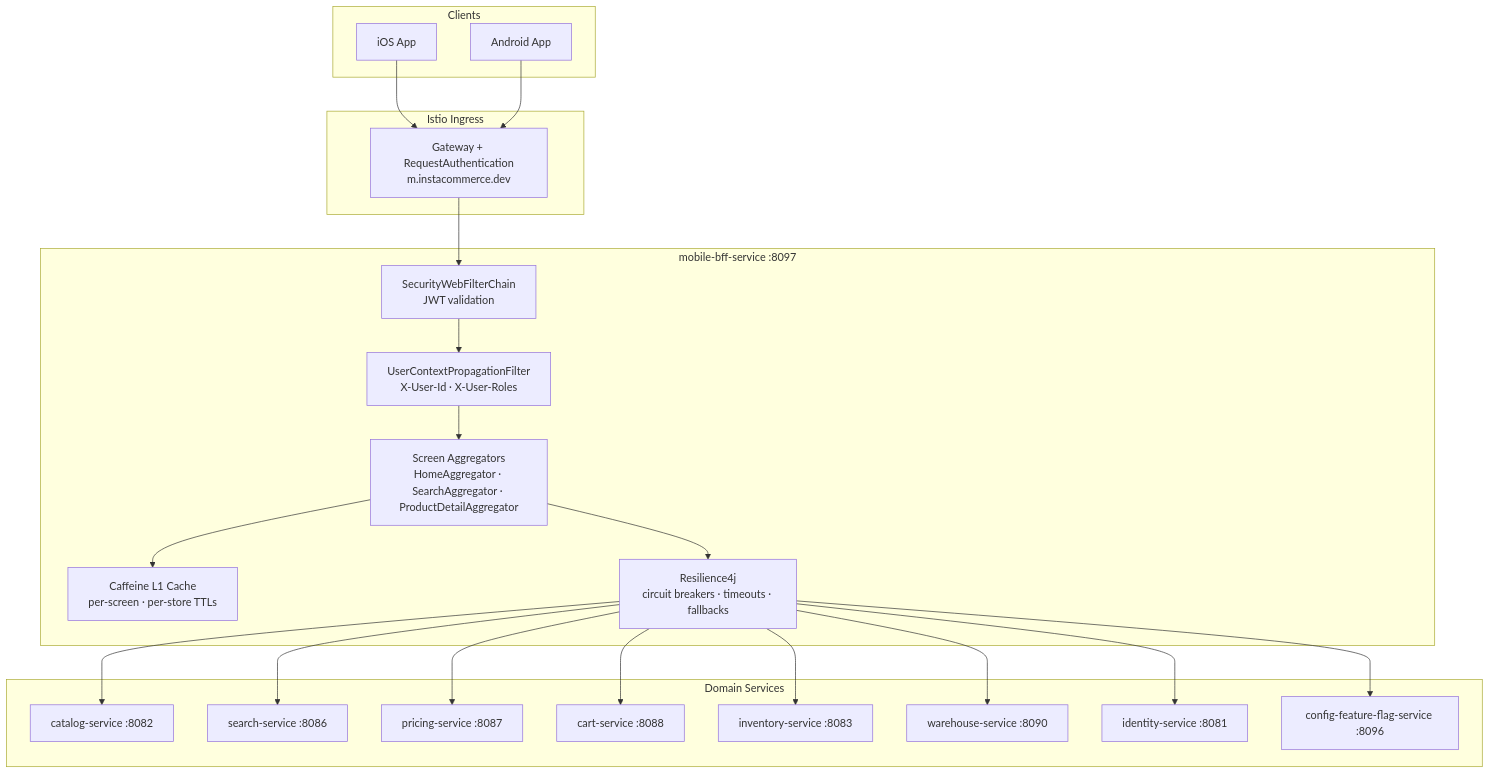
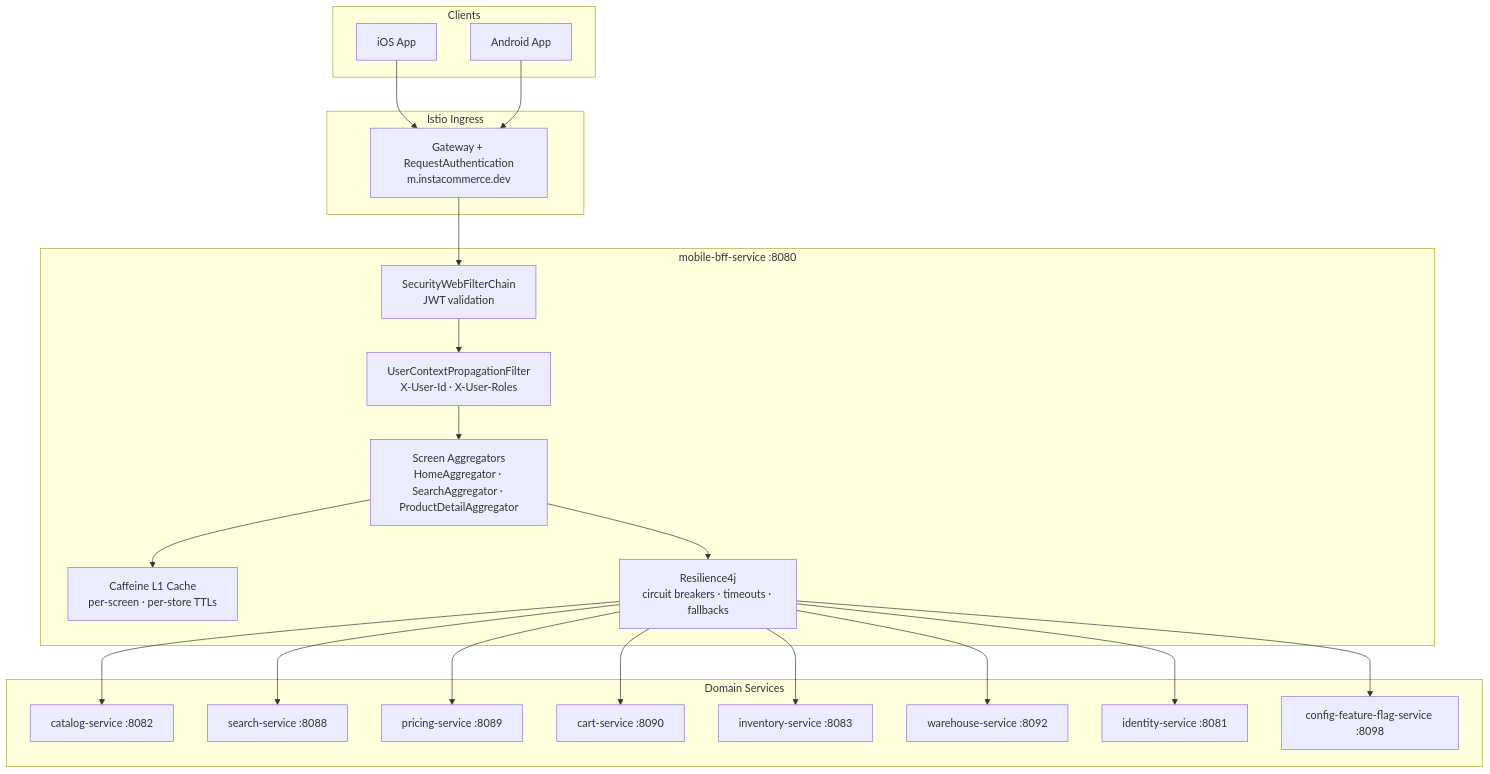
One commit to sunitakeazycommerz-a11y/InstaCommerce changed the second of 5 diagrams in services/mobile-bff-service/README.md. Above: the diagram before and after it, drawn with Mermaid. The commit also changed other lines of this file and 124 other files, not shown here.

Commit message:
docs: synchronize root, architecture, ADR, service, and archive docs with codebase truth

````diff
--- a/services/mobile-bff-service/README.md
+++ b/services/mobile-bff-service/README.md
@@ -132,46 +132,46 @@
 ```mermaid
 graph TB
     subgraph Clients
         IOS2["iOS App"]
         ANDROID2["Android App"]
     end
 
     subgraph "Istio Ingress"
         IG2["Gateway + RequestAuthentication<br/>m.instacommerce.dev"]
     end
 
-    subgraph "mobile-bff-service :8097"
+    subgraph "mobile-bff-service :8080"
         SEC["SecurityWebFilterChain<br/>JWT validation"]
         PROP["UserContextPropagationFilter<br/>X-User-Id · X-User-Roles"]
         AGG["Screen Aggregators<br/>HomeAggregator · SearchAggregator · ProductDetailAggregator"]
         CACHE["Caffeine L1 Cache<br/>per-screen · per-store TTLs"]
         CB["Resilience4j<br/>circuit breakers · timeouts · fallbacks"]
     end
 
     subgraph "Domain Services"
         CAT["catalog-service :8082"]
-        SEARCH["search-service :8086"]
-        PRICE["pricing-service :8087"]
-        CART["cart-service :8088"]
+        SEARCH["search-service :8088"]
+        PRICE["pricing-service :8089"]
+        CART["cart-service :8090"]
         INV["inventory-service :8083"]
-        WH["warehouse-service :8090"]
+        WH["warehouse-service :8092"]
         ID["identity-service :8081"]
-        FF["config-feature-flag-service :8096"]
+        FF["config-feature-flag-service :8098"]
     end
 
     IOS2 --> IG2
     ANDROID2 --> IG2
     IG2 --> SEC
     SEC --> PROP
     PROP --> AGG
     AGG --> CACHE
     AGG --> CB
     CB --> CAT
     CB --> SEARCH
     CB --> PRICE
     CB --> CART
     CB --> INV
     CB --> WH
     CB --> ID
     CB --> FF
 ```
````
